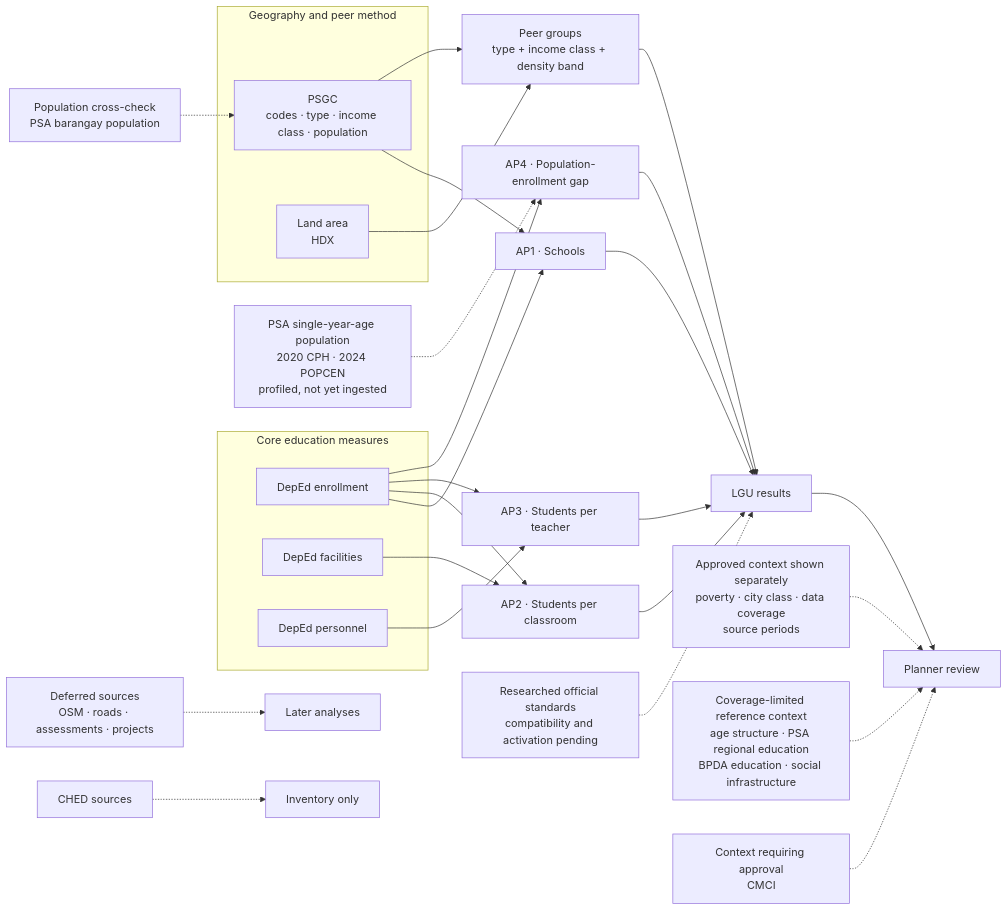
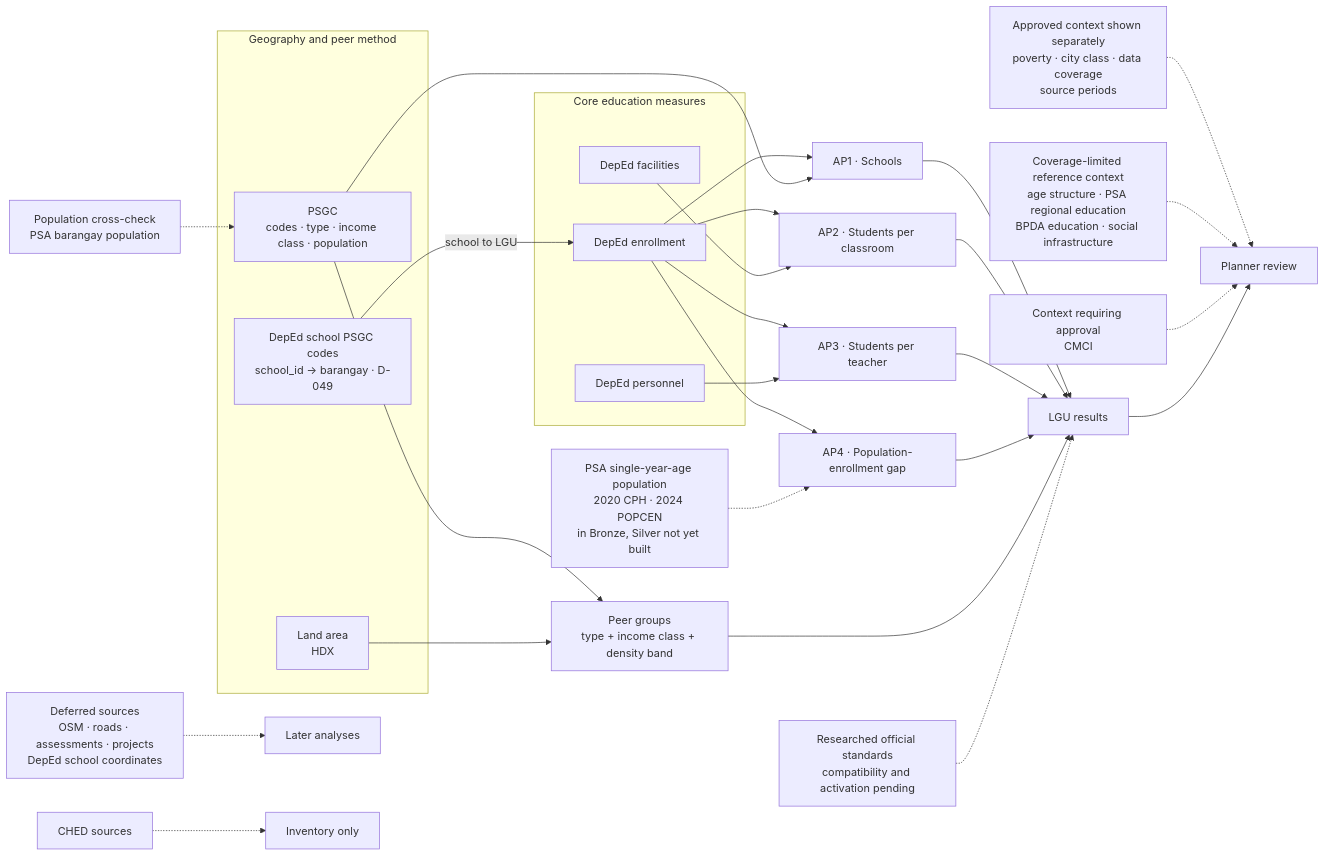
Before and after one commit to hyenalouise/edu-access-sandbox: the diagram in docs/business/dataset-use-map.md, drawn with Mermaid. The commit also changed other lines of this file and 1 other file, not shown here.

First line of the commit message:
Add deped_enrollment_psgc to the dataset use map (#162)

````diff
--- a/docs/business/dataset-use-map.md
+++ b/docs/business/dataset-use-map.md
@@ -19,39 +19,41 @@
 ```mermaid
 flowchart LR
     subgraph CORE["Core education measures"]
         ENR["DepEd enrollment"]
         FAC["DepEd facilities"]
         PER["DepEd personnel"]
     end
 
     subgraph METHOD["Geography and peer method"]
     PSGC["PSGC<br/>codes · type · income class · population"]
     AREA["Land area<br/>HDX"]
+    XWALK["DepEd school PSGC codes<br/>school_id → barangay · D-049"]
     end
 
+    XWALK -->|"school to LGU"| ENR
     ENR --> AP1["AP1 · Schools"]
     PSGC --> AP1
     ENR --> AP2["AP2 · Students per classroom"]
     FAC --> AP2
     ENR --> AP3["AP3 · Students per teacher"]
     PER --> AP3
     ENR --> AP4["AP4 · Population-enrollment gap"]
-    AGE["PSA single-year-age population<br/>2020 CPH · 2024 POPCEN<br/>profiled, not yet ingested"] -.-> AP4
+    AGE["PSA single-year-age population<br/>2020 CPH · 2024 POPCEN<br/>in Bronze, Silver not yet built"] -.-> AP4
 
     PSGC --> PEERS["Peer groups<br/>type + income class + density band"]
     AREA --> PEERS
     AP1 --> RESULT["LGU results"]
     AP2 --> RESULT
     AP3 --> RESULT
     AP4 --> RESULT
     PEERS --> RESULT
     STANDARD["Researched official standards<br/>compatibility and activation pending"] -.-> RESULT
 
     CONTEXT["Approved context shown separately<br/>poverty · city class · data coverage<br/>source periods"] -.-> DASH["Planner review"]
     LIMITED["Coverage-limited reference context<br/>age structure · PSA regional education<br/>BPDA education · social infrastructure"] -.-> DASH
     CANDIDATE["Context requiring approval<br/>CMCI"] -.-> DASH
     POPCHECK["Population cross-check<br/>PSA barangay population"] -.-> PSGC
     RESULT --> DASH
-    DEFER["Deferred sources<br/>OSM · roads · assessments · projects"] -.-> LATER["Later analyses"]
+    DEFER["Deferred sources<br/>OSM · roads · assessments · projects<br/>DepEd school coordinates"] -.-> LATER["Later analyses"]
     EXCLUDED["CHED sources"] -.-> RECORD["Inventory only"]
 ```
````
